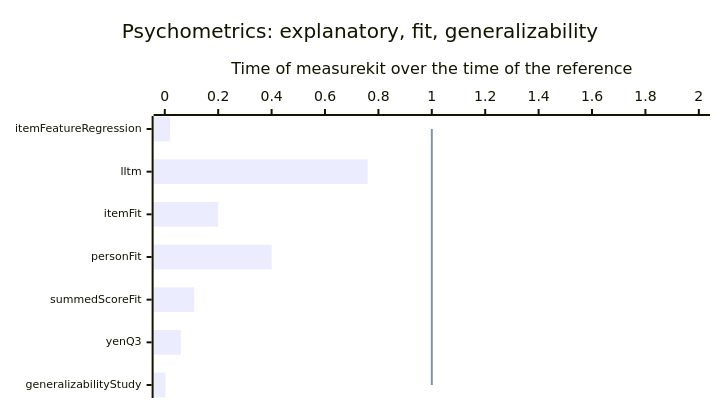
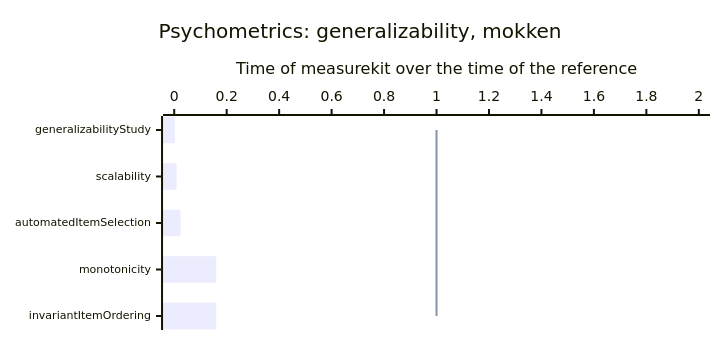
The fifth of 11 diagrams in docs/performance.md (measurekit/measurekit), drawn with Mermaid before and after one commit. The commit also changed other lines of this file and 5 other files, not shown here.

````diff
--- a/docs/performance.md
+++ b/docs/performance.md
@@ -53,9 +53,9 @@
 ```mermaid
-%%{init: {"xyChart": {"height": 388, "xAxis": {"labelFontSize": 11}}}}%%
+%%{init: {"xyChart": {"height": 320, "xAxis": {"labelFontSize": 11}}}}%%
 xychart-beta horizontal
-  title "Psychometrics: explanatory, fit, generalizability"
-  x-axis ["itemFeatureRegression", "lltm", "itemFit", "personFit", "summedScoreFit", "yenQ3", "generalizabilityStudy"]
+  title "Psychometrics: generalizability, mokken"
+  x-axis ["generalizabilityStudy", "scalability", "automatedItemSelection", "monotonicity", "invariantItemOrdering"]
   y-axis "Time of measurekit over the time of the reference" 0 --> 2
-  bar [0.02, 0.76, 0.2, 0.4, 0.11, 0.06, 0.0027]
-  line [1, 1, 1, 1, 1, 1, 1]
+  bar [0.0027, 0.0091, 0.024, 0.16, 0.16]
+  line [1, 1, 1, 1, 1]
 ```
````
